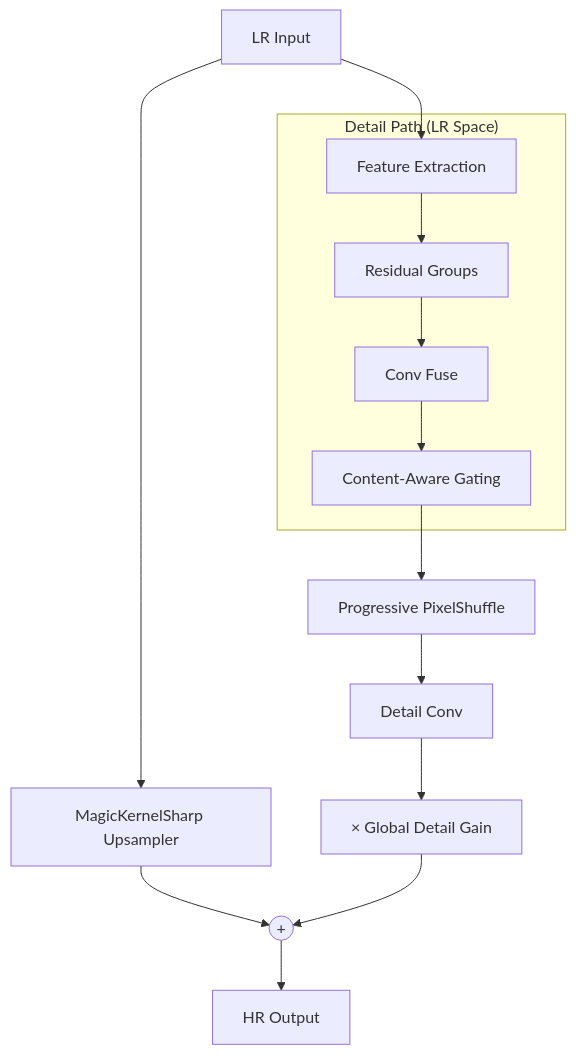
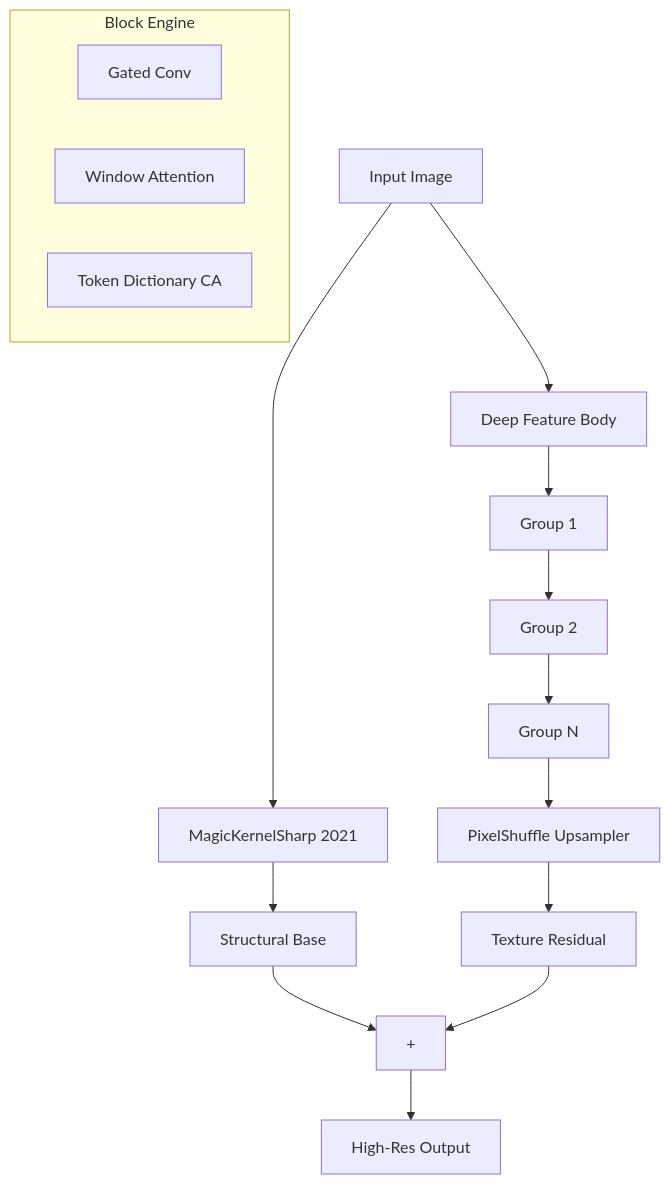
Before and after one commit to Phhofm/ParagonSR2: the diagram in README.md, drawn with Mermaid. The commit also changed other lines of this file and 7 other files, not shown here.

````diff
--- a/README.md
+++ b/README.md
@@ -212,19 +157,23 @@
 ```mermaid
 graph TD
-    LR[LR Input] --> Base[MagicKernelSharp Upsampler]
-    LR --> Conv[Feature Extraction]
+    IN[Input Image] --> MK[MagicKernelSharp 2021]
+    IN --> BODY[Deep Feature Body]
+    
+    BODY --> G1[Group 1]
+    G1 --> G2[Group 2]
+    G2 --> G3[Group N]
+    
+    MK --> BASE[Structural Base]
+    G3 --> UP[PixelShuffle Upsampler]
+    UP --> RES[Texture Residual]
+    
+    BASE --> ADD[+]
+    RES --> ADD
+    ADD --> OUT[High-Res Output]
 
-    subgraph "Detail Path (LR Space)"
-        Conv --> Body[Residual Groups]
-        Body --> Fuse[Conv Fuse]
-        Fuse --> CAG[Content-Aware Gating]
+    subgraph "Block Engine"
+        GE[Gated Conv]
+        WA[Window Attention]
+        TD[Token Dictionary CA]
     end
-
-    CAG --> PS[Progressive PixelShuffle]
-    PS --> Out[Detail Conv]
-    Out --> Gain[× Global Detail Gain]
-
-    Base --> Add((+))
-    Gain --> Add
-    Add --> HR[HR Output]
 ```
````
